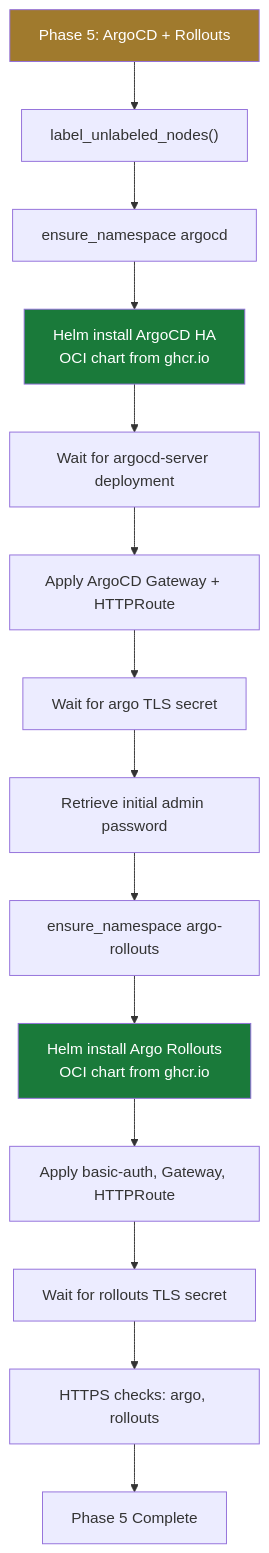
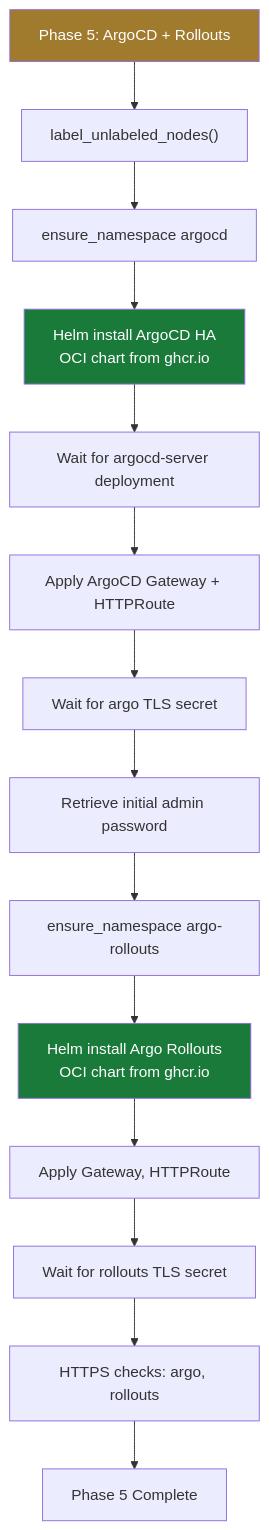
Before and after one commit to derhornspieler/harvester-rke2-platform: the ninth of 22 diagrams in docs/engineering/deployment-automation.md, drawn with Mermaid. The commit also changed other lines of this file and 11 other files, not shown here.

````diff
--- a/docs/engineering/deployment-automation.md
+++ b/docs/engineering/deployment-automation.md
@@ -563,24 +563,24 @@
 ```mermaid
 flowchart TD
     START["Phase 5: ArgoCD + Rollouts"] --> LABELS["label_unlabeled_nodes()"]
 
     LABELS --> ARGONS["ensure_namespace argocd"]
     ARGONS --> ARGOCD["Helm install ArgoCD HA<br/>OCI chart from ghcr.io"]
     ARGOCD --> ARGOWAIT["Wait for argocd-server deployment"]
     ARGOWAIT --> ARGOGW["Apply ArgoCD Gateway + HTTPRoute"]
     ARGOGW --> ARGOTLS["Wait for argo TLS secret"]
     ARGOTLS --> ARGOPASS["Retrieve initial admin password"]
 
     ARGOPASS --> ROLLNS["ensure_namespace argo-rollouts"]
     ROLLNS --> ROLLOUTS["Helm install Argo Rollouts<br/>OCI chart from ghcr.io"]
-    ROLLOUTS --> ROLLGW["Apply basic-auth, Gateway, HTTPRoute"]
+    ROLLOUTS --> ROLLGW["Apply Gateway, HTTPRoute"]
     ROLLGW --> ROLLTLS["Wait for rollouts TLS secret"]
 
     ROLLTLS --> HTTPS["HTTPS checks: argo, rollouts"]
 
     HTTPS --> DONE["Phase 5 Complete"]
 
     style START fill:#a07a2d,color:#fff
     style ARGOCD fill:#1a7a3a,color:#fff
     style ROLLOUTS fill:#1a7a3a,color:#fff
 ```
````
